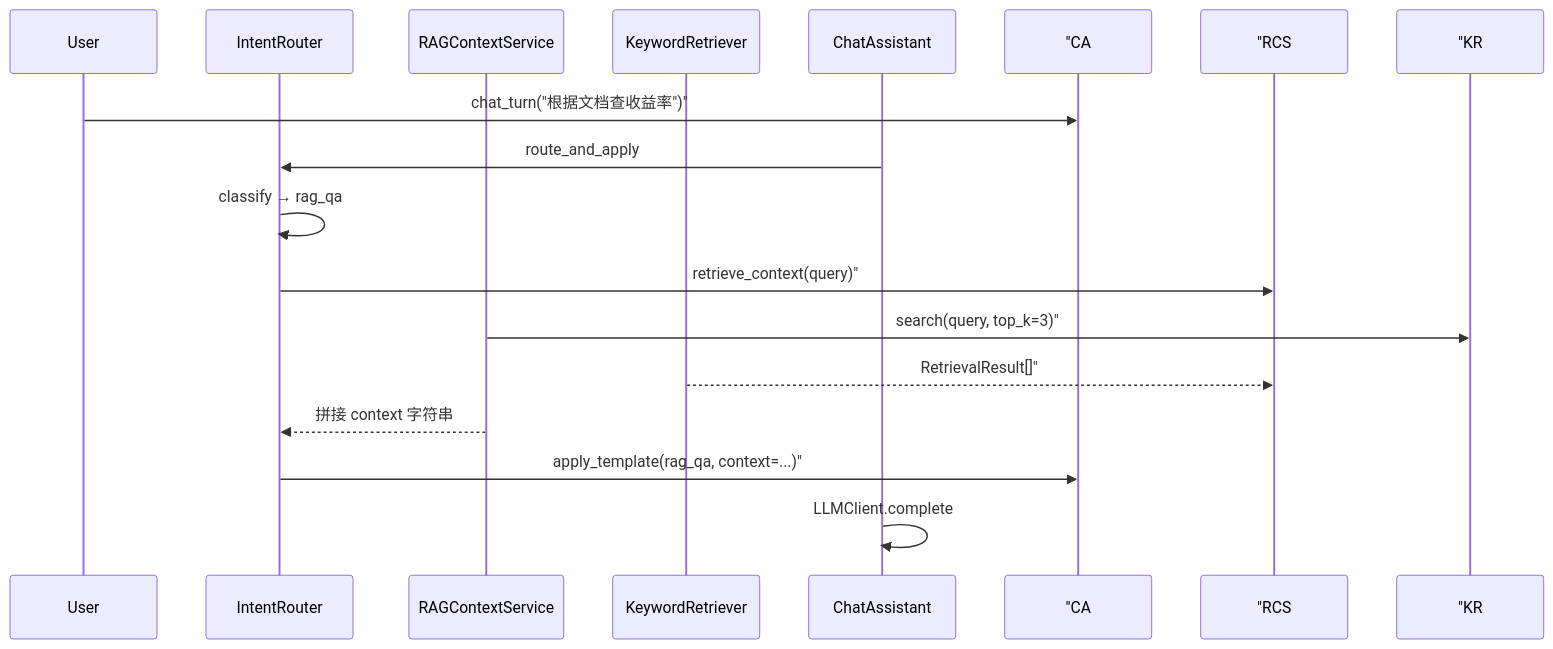
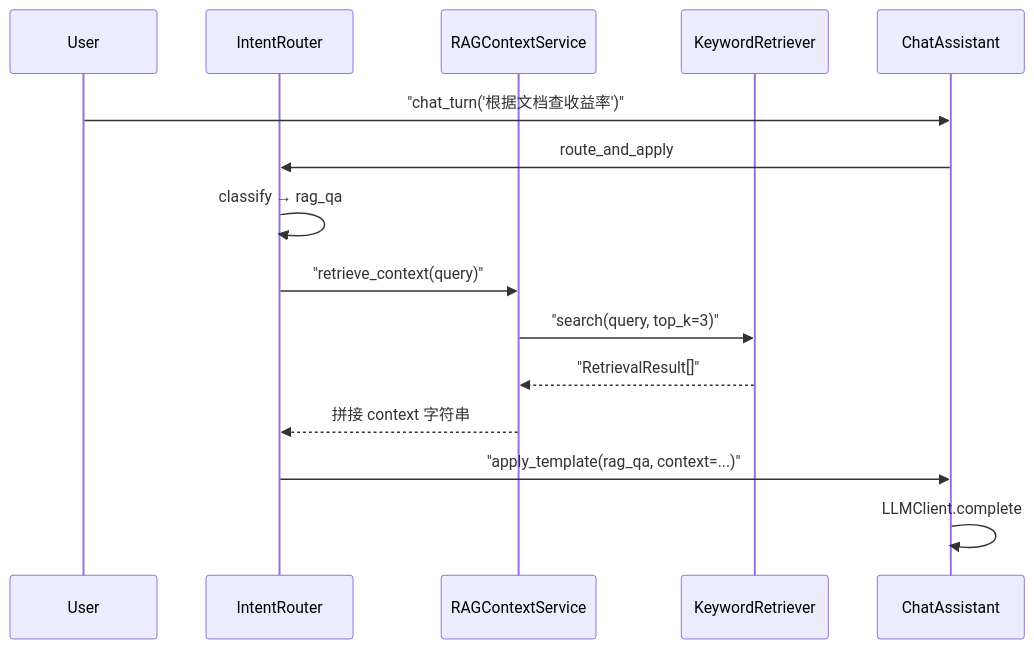
One commit to ab6539763/70_days_course_plus changed the third of 3 diagrams in course/day19/03_架构设计.md. Above: the diagram before and after it, drawn with Mermaid. The commit also changed 80 other files, not shown here.

First line of the commit message:
fix(course): 修复 Mermaid 图表渲染报错 + 同步嵌入代码快照

````diff
--- a/course/day19/03_架构设计.md
+++ b/course/day19/03_架构设计.md
@@ -75,18 +75,18 @@
 ```mermaid
 sequenceDiagram
     participant User
     participant IR as IntentRouter
     participant RCS as RAGContextService
     participant KR as KeywordRetriever
     participant CA as ChatAssistant
 
-    User->> "CA: chat_turn("根据文档查收益率")"
+    User->>CA: "chat_turn('根据文档查收益率')"
     CA->>IR: route_and_apply
     IR->>IR: classify → rag_qa
-    IR->> "RCS: retrieve_context(query)"
-    RCS->> "KR: search(query, top_k=3)"
-    KR-->> "RCS: RetrievalResult[]"
+    IR->>RCS: "retrieve_context(query)"
+    RCS->>KR: "search(query, top_k=3)"
+    KR-->>RCS: "RetrievalResult[]"
     RCS-->>IR: 拼接 context 字符串
-    IR->> "CA: apply_template(rag_qa, context=...)"
+    IR->>CA: "apply_template(rag_qa, context=...)"
     CA->>CA: LLMClient.complete
 ```
````
